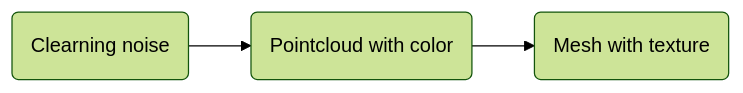
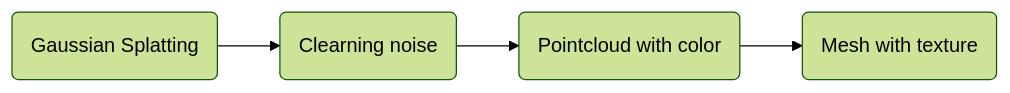
The diagram in README.md (WWmore/gaussian-splatting), drawn with Mermaid (forest theme) before and after one commit. The commit also changed other lines of this file, not shown here.

````diff
--- a/README.md
+++ b/README.md
@@ -121,5 +140,6 @@
 ```mermaid
 graph LR
-    A(Clearning noise ) --> B(Pointcloud with color)
-    B --> C(Mesh with texture)
+    A(Gaussian Splatting) --> B(Clearning noise)
+    B --> C(Pointcloud with color)
+    C --> D(Mesh with texture)
 ```
````
